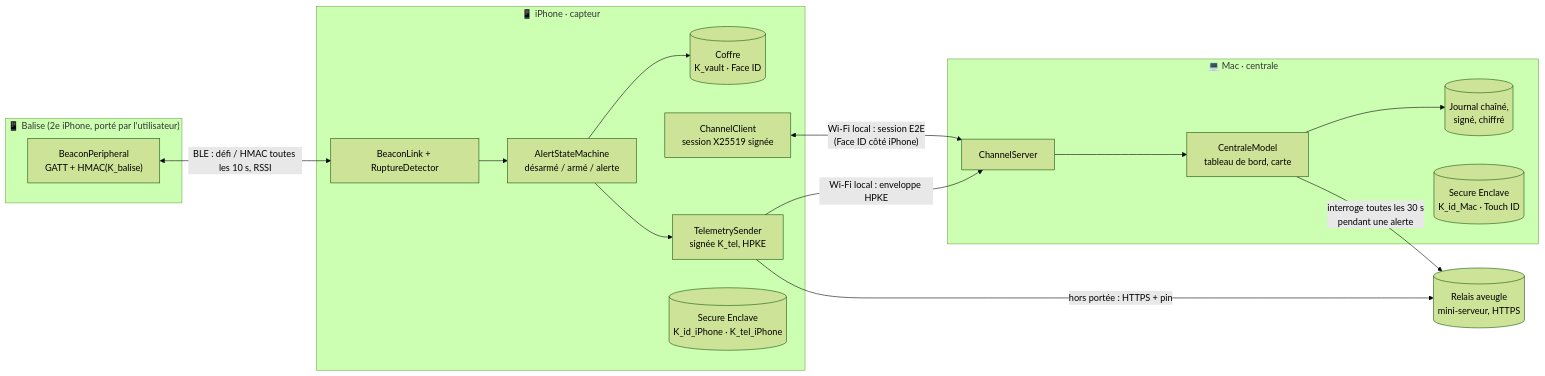
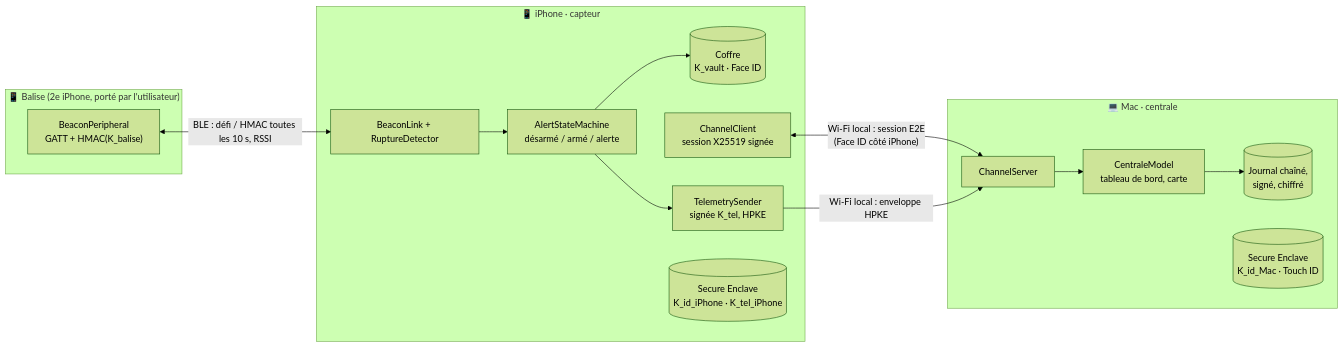
The first of 5 diagrams in docs/J2-architecture.md (Br4tha/RobAir), drawn with Mermaid (forest theme) before and after one commit. The commit also changed other lines of this file and 4 other files, not shown here.

````diff
--- a/docs/J2-architecture.md
+++ b/docs/J2-architecture.md
@@ -11,30 +11,27 @@
 ```mermaid
 flowchart LR
     subgraph B["📱 Balise (2e iPhone, porté par l'utilisateur)"]
         BP["BeaconPeripheral<br/>GATT + HMAC(K_balise)"]
     end
     subgraph I["📱 iPhone · capteur"]
         BL["BeaconLink + RuptureDetector"]
         AS["AlertStateMachine<br/>désarmé / armé / alerte"]
         V[("Coffre<br/>K_vault · Face ID")]
         T["TelemetrySender<br/>signée K_tel, HPKE"]
         C["ChannelClient<br/>session X25519 signée"]
         SE_I[("Secure Enclave<br/>K_id_iPhone · K_tel_iPhone")]
     end
     subgraph M["💻 Mac · centrale"]
         S["ChannelServer"]
         CM["CentraleModel<br/>tableau de bord, carte"]
         J[("Journal chaîné,<br/>signé, chiffré")]
         SE_M[("Secure Enclave<br/>K_id_Mac · Touch ID")]
     end
-    R[("Relais aveugle<br/>mini-serveur, HTTPS")]
 
     BP <-->|"BLE : défi / HMAC toutes les 10 s, RSSI"| BL
     BL --> AS --> V
     AS --> T
     C <-->|"Wi-Fi local : session E2E<br/>(Face ID côté iPhone)"| S
     T -->|"Wi-Fi local : enveloppe HPKE"| S
-    T -->|"hors portée : HTTPS + pin"| R
-    CM -->|"interroge toutes les 30 s<br/>pendant une alerte"| R
     S --> CM --> J
 ```
````
